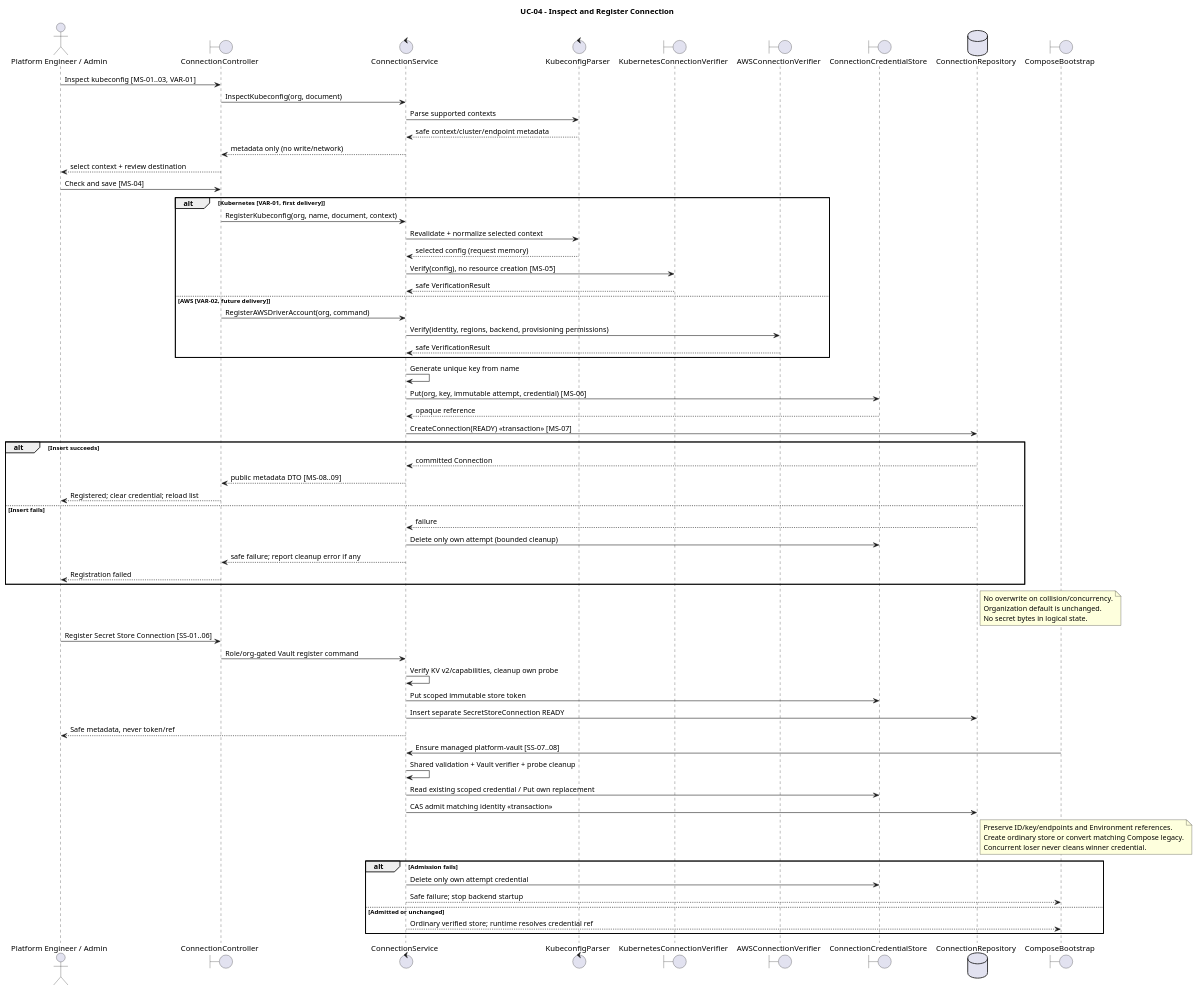
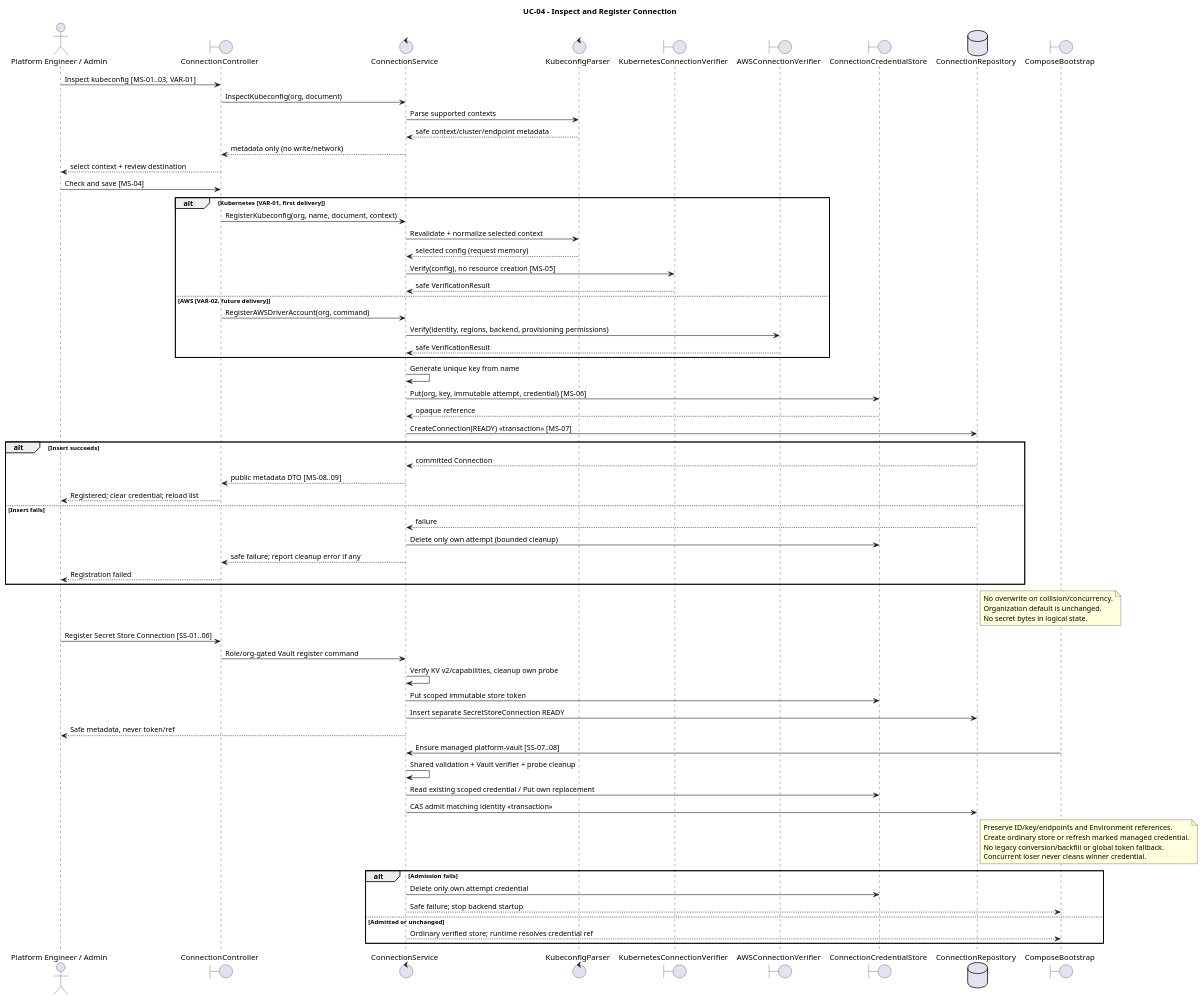
The diagram in orchestrator_docs/usecase/UC-04/sequence.puml (pr3s3nt/poc), drawn with PlantUML before and after one commit. The commit also changed 58 other files, not shown here.

Commit message:
T23: remove legacy Secret Store credentials and bootstrap conversion

```diff
--- a/orchestrator_docs/usecase/UC-04/sequence.puml
+++ b/orchestrator_docs/usecase/UC-04/sequence.puml
@@ -1,70 +1,71 @@
 @startuml
 title UC-04 - Inspect and Register Connection
 actor "Platform Engineer / Admin" as PE
 boundary ConnectionController as API
 control ConnectionService as Service
 control KubeconfigParser as Parser
 boundary KubernetesConnectionVerifier as K8s
 boundary AWSConnectionVerifier as AWS
 boundary ConnectionCredentialStore as Secrets
 database ConnectionRepository as Repo
 PE -> API: Inspect kubeconfig [MS-01..03, VAR-01]
 API -> Service: InspectKubeconfig(org, document)
 Service -> Parser: Parse supported contexts
 Parser --> Service: safe context/cluster/endpoint metadata
 Service --> API: metadata only (no write/network)
 API --> PE: select context + review destination
 PE -> API: Check and save [MS-04]
 alt Kubernetes [VAR-01, first delivery]
   API -> Service: RegisterKubeconfig(org, name, document, context)
   Service -> Parser: Revalidate + normalize selected context
   Parser --> Service: selected config (request memory)
   Service -> K8s: Verify(config), no resource creation [MS-05]
   K8s --> Service: safe VerificationResult
 else AWS [VAR-02, future delivery]
   API -> Service: RegisterAWSDriverAccount(org, command)
   Service -> AWS: Verify(identity, regions, backend, provisioning permissions)
   AWS --> Service: safe VerificationResult
 end
 Service -> Service: Generate unique key from name
 Service -> Secrets: Put(org, key, immutable attempt, credential) [MS-06]
 Secrets --> Service: opaque reference
 Service -> Repo: CreateConnection(READY) <<transaction>> [MS-07]
 alt Insert succeeds
   Repo --> Service: committed Connection
   Service --> API: public metadata DTO [MS-08..09]
   API --> PE: Registered; clear credential; reload list
 else Insert fails
   Repo --> Service: failure
   Service -> Secrets: Delete only own attempt (bounded cleanup)
   Service --> API: safe failure; report cleanup error if any
   API --> PE: Registration failed
 end
 note right of Repo
 No overwrite on collision/concurrency.
 Organization default is unchanged.
 No secret bytes in logical state.
 end note
 PE -> API: Register Secret Store Connection [SS-01..06]
 API -> Service: Role/org-gated Vault register command
 Service -> Service: Verify KV v2/capabilities, cleanup own probe
 Service -> Secrets: Put scoped immutable store token
 Service -> Repo: Insert separate SecretStoreConnection READY
 Service --> PE: Safe metadata, never token/ref
 boundary ComposeBootstrap as Bootstrap
 Bootstrap -> Service: Ensure managed platform-vault [SS-07..08]
 Service -> Service: Shared validation + Vault verifier + probe cleanup
 Service -> Secrets: Read existing scoped credential / Put own replacement
 Service -> Repo: CAS admit matching identity <<transaction>>
 note right of Repo
 Preserve ID/key/endpoints and Environment references.
-Create ordinary store or convert matching Compose legacy.
+Create ordinary store or refresh marked managed credential.
+No legacy conversion/backfill or global token fallback.
 Concurrent loser never cleans winner credential.
 end note
 alt Admission fails
   Service -> Secrets: Delete only own attempt credential
   Service --> Bootstrap: Safe failure; stop backend startup
 else Admitted or unchanged
   Service --> Bootstrap: Ordinary verified store; runtime resolves credential ref
 end
 @enduml
```
